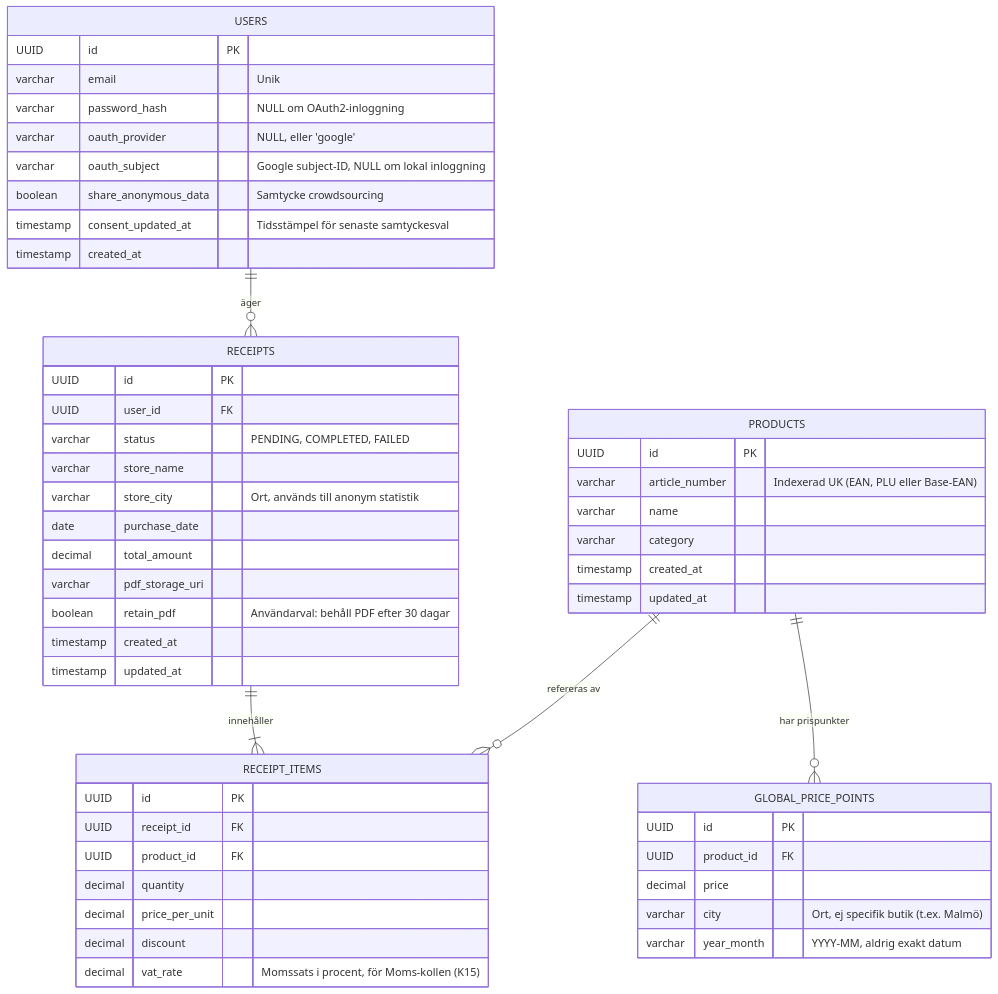
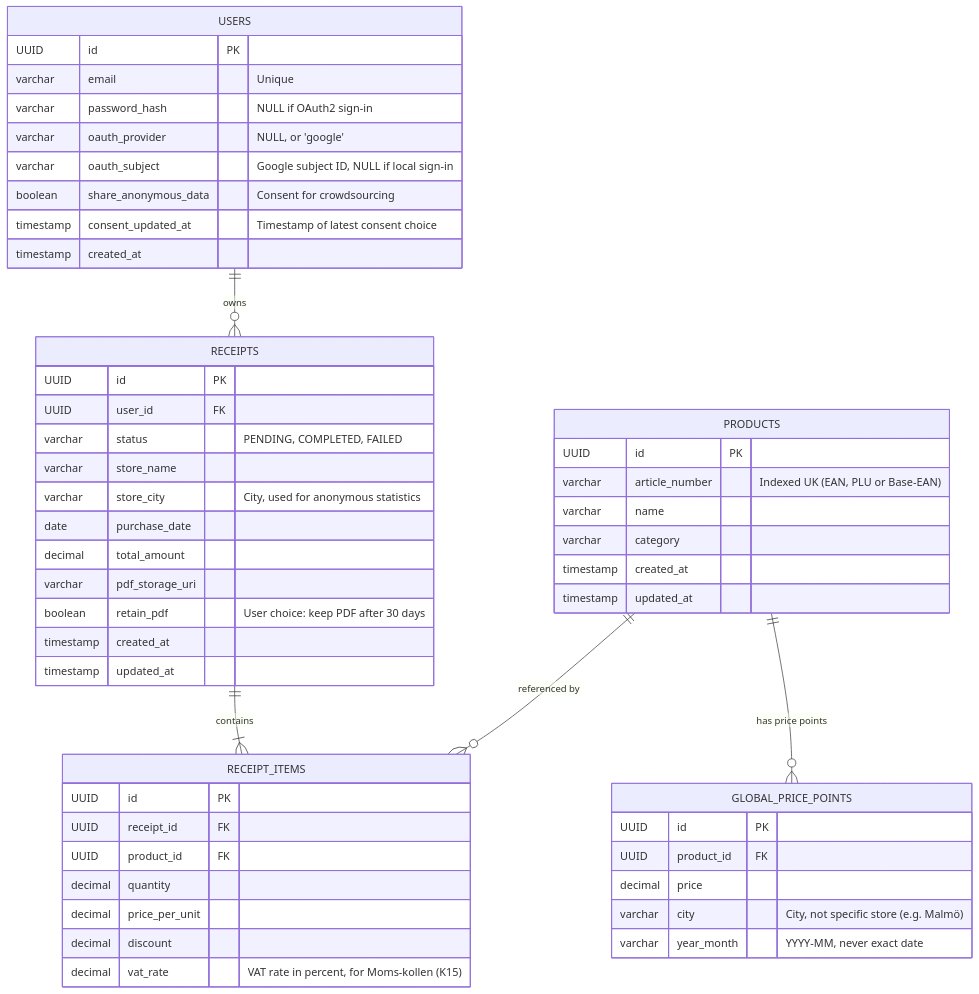
Before and after one commit to pekelund-dev/matdata-2.0: the sixth of 6 diagrams in architecture.md, drawn with Mermaid. The commit also changed other lines of this file and 4 other files, not shown here.

First line of the commit message:
Translate README, glossary, prestudy, architecture, NFR to English

````diff
--- a/architecture.md
+++ b/architecture.md
@@ -217,59 +217,59 @@
 ```mermaid
 erDiagram
-    USERS ||--o{ RECEIPTS : "äger"
-    RECEIPTS ||--|{ RECEIPT_ITEMS : "innehåller"
-    PRODUCTS ||--o{ RECEIPT_ITEMS : "refereras av"
-    PRODUCTS ||--o{ GLOBAL_PRICE_POINTS : "har prispunkter"
+    USERS ||--o{ RECEIPTS : "owns"
+    RECEIPTS ||--|{ RECEIPT_ITEMS : "contains"
+    PRODUCTS ||--o{ RECEIPT_ITEMS : "referenced by"
+    PRODUCTS ||--o{ GLOBAL_PRICE_POINTS : "has price points"
 
     USERS {
         UUID id PK
-        varchar email "Unik"
-        varchar password_hash "NULL om OAuth2-inloggning"
-        varchar oauth_provider "NULL, eller 'google'"
-        varchar oauth_subject "Google subject-ID, NULL om lokal inloggning"
-        boolean share_anonymous_data "Samtycke crowdsourcing"
-        timestamp consent_updated_at "Tidsstämpel för senaste samtyckesval"
+        varchar email "Unique"
+        varchar password_hash "NULL if OAuth2 sign-in"
+        varchar oauth_provider "NULL, or 'google'"
+        varchar oauth_subject "Google subject ID, NULL if local sign-in"
+        boolean share_anonymous_data "Consent for crowdsourcing"
+        timestamp consent_updated_at "Timestamp of latest consent choice"
         timestamp created_at
     }
 
     RECEIPTS {
         UUID id PK
         UUID user_id FK
         varchar status "PENDING, COMPLETED, FAILED"
         varchar store_name
-        varchar store_city "Ort, används till anonym statistik"
+        varchar store_city "City, used for anonymous statistics"
         date purchase_date
         decimal total_amount
         varchar pdf_storage_uri
-        boolean retain_pdf "Användarval: behåll PDF efter 30 dagar"
+        boolean retain_pdf "User choice: keep PDF after 30 days"
         timestamp created_at
         timestamp updated_at
     }
 
     PRODUCTS {
         UUID id PK
-        varchar article_number "Indexerad UK (EAN, PLU eller Base-EAN)"
+        varchar article_number "Indexed UK (EAN, PLU or Base-EAN)"
         varchar name
         varchar category
         timestamp created_at
         timestamp updated_at
     }
 
     RECEIPT_ITEMS {
         UUID id PK
         UUID receipt_id FK
         UUID product_id FK
         decimal quantity
         decimal price_per_unit
         decimal discount
-        decimal vat_rate "Momssats i procent, för Moms-kollen (K15)"
+        decimal vat_rate "VAT rate in percent, for Moms-kollen (K15)"
     }
 
     GLOBAL_PRICE_POINTS {
         UUID id PK
         UUID product_id FK
         decimal price
-        varchar city "Ort, ej specifik butik (t.ex. Malmö)"
-        varchar year_month "YYYY-MM, aldrig exakt datum"
+        varchar city "City, not specific store (e.g. Malmö)"
+        varchar year_month "YYYY-MM, never exact date"
     }
 ```
````
